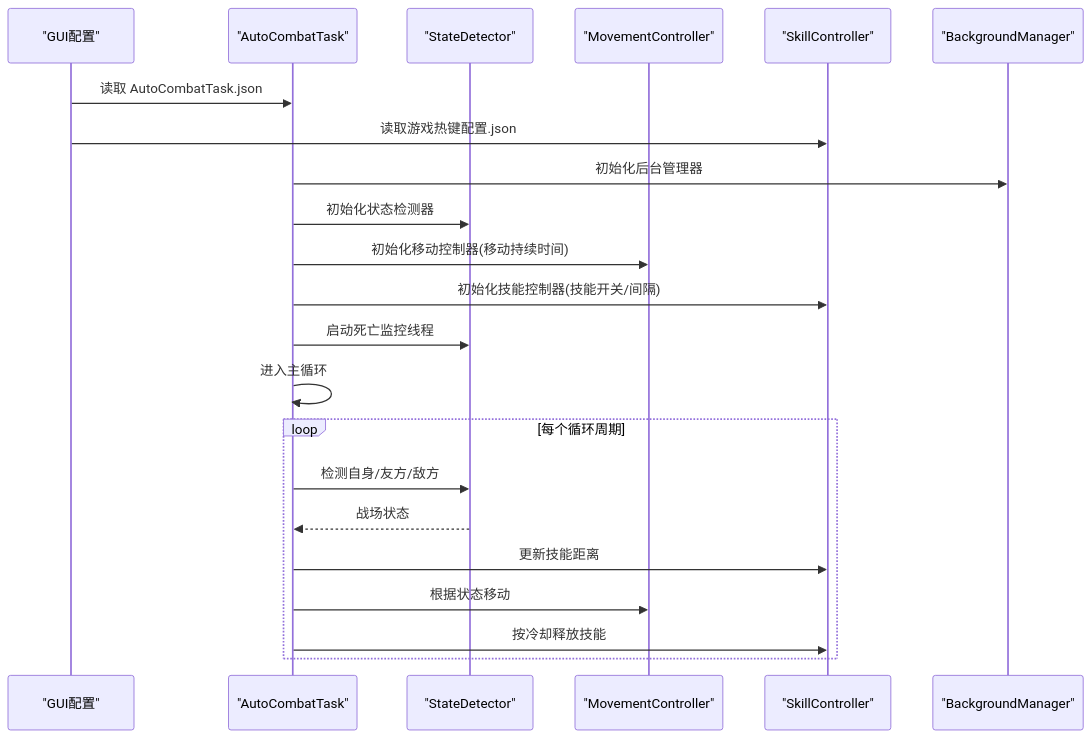
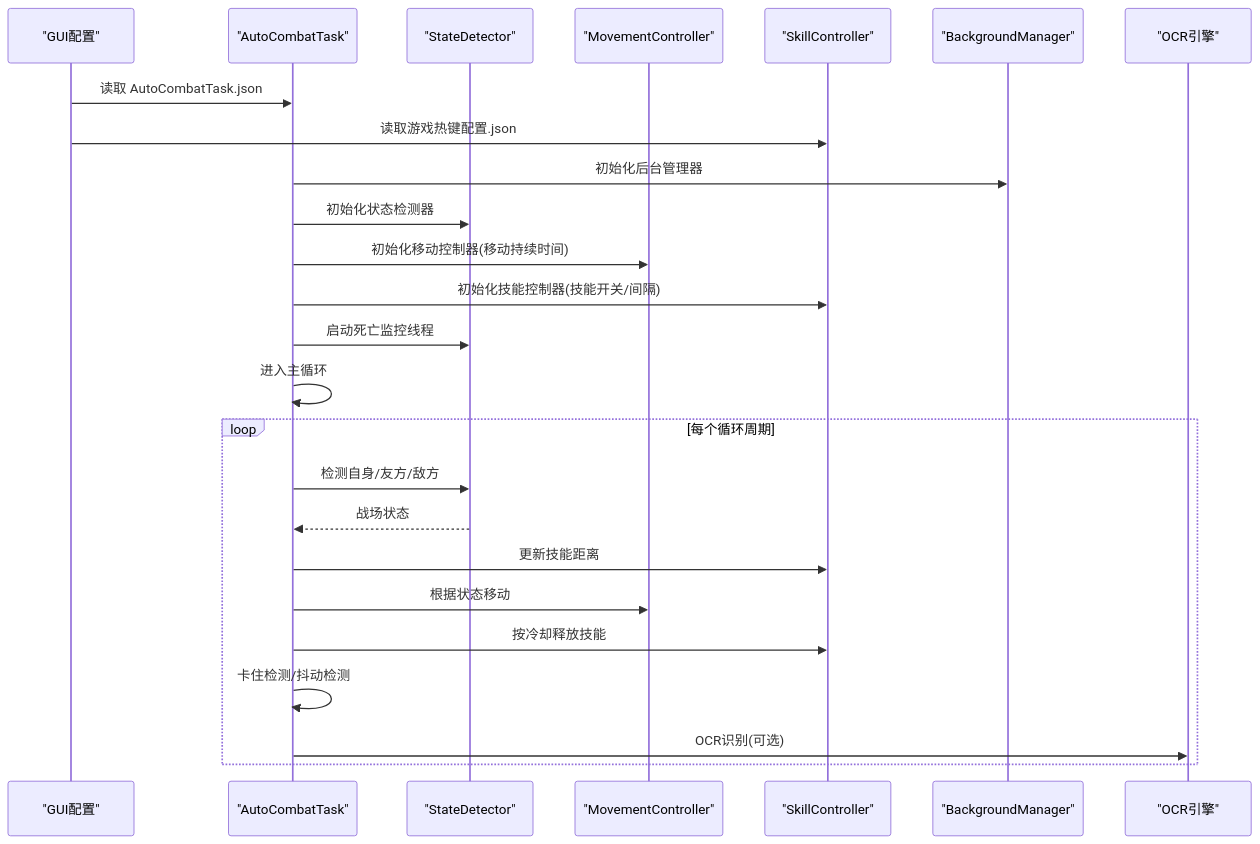
The second of 7 diagrams in .qoder/repowiki/zh/content/配置管理/战斗系统配置.md (xsy098-max/ok-jump), drawn with Mermaid before and after one commit. The commit also changed other lines of this file and 21 other files, not shown here.

````diff
--- a/.qoder/repowiki/zh/content/配置管理/战斗系统配置.md
+++ b/.qoder/repowiki/zh/content/配置管理/战斗系统配置.md
@@ -92,24 +120,27 @@
 ```mermaid
 sequenceDiagram
 participant GUI as "GUI配置"
 participant Task as "AutoCombatTask"
 participant SD as "StateDetector"
 participant MC as "MovementController"
 participant SC as "SkillController"
 participant BG as "BackgroundManager"
+participant OCR as "OCR引擎"
 GUI->>Task : 读取 AutoCombatTask.json
 GUI->>SC : 读取游戏热键配置.json
 Task->>BG : 初始化后台管理器
 Task->>SD : 初始化状态检测器
 Task->>MC : 初始化移动控制器(移动持续时间)
 Task->>SC : 初始化技能控制器(技能开关/间隔)
 Task->>SD : 启动死亡监控线程
 Task->>Task : 进入主循环
 loop 每个循环周期
 Task->>SD : 检测自身/友方/敌方
 SD-->>Task : 战场状态
 Task->>SC : 更新技能距离
 Task->>MC : 根据状态移动
 Task->>SC : 按冷却释放技能
+Task->>Task : 卡住检测/抖动检测
+Task->>OCR : OCR识别(可选)
 end
 ```
````
